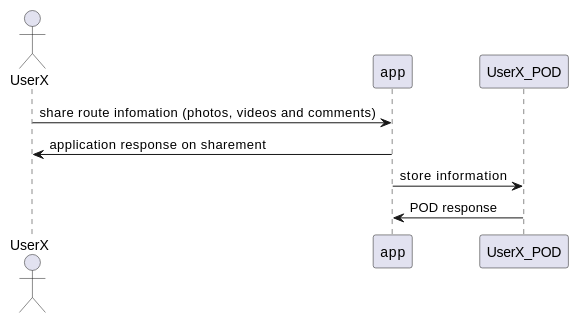
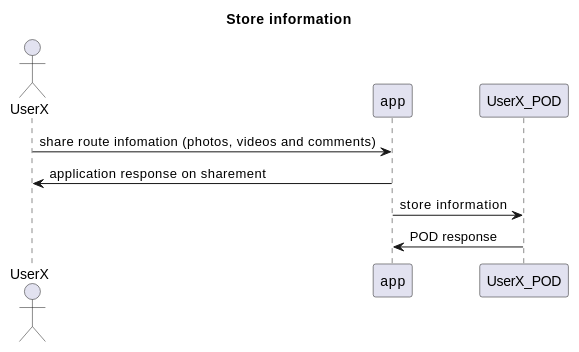
Before and after one commit to Arquisoft/viade_es2a: the first of 3 diagrams in src/docs/06_runtime_view.adoc, drawn with PlantUML. The commit also changed other lines of this file, not shown here.

```diff
--- a/src/docs/06_runtime_view.adoc
+++ b/src/docs/06_runtime_view.adoc
@@ -10,10 +10,12 @@
 [plantuml,"Sequence diagram",png]
 ----
+title Store information
+
 actor UserX
 participant app
 participant UserX_POD
 UserX -> app: share route infomation (photos, videos and comments)
 app -> UserX: application response on sharement
 app -> UserX_POD: store information
 UserX_POD -> app: POD response
 ----
```
